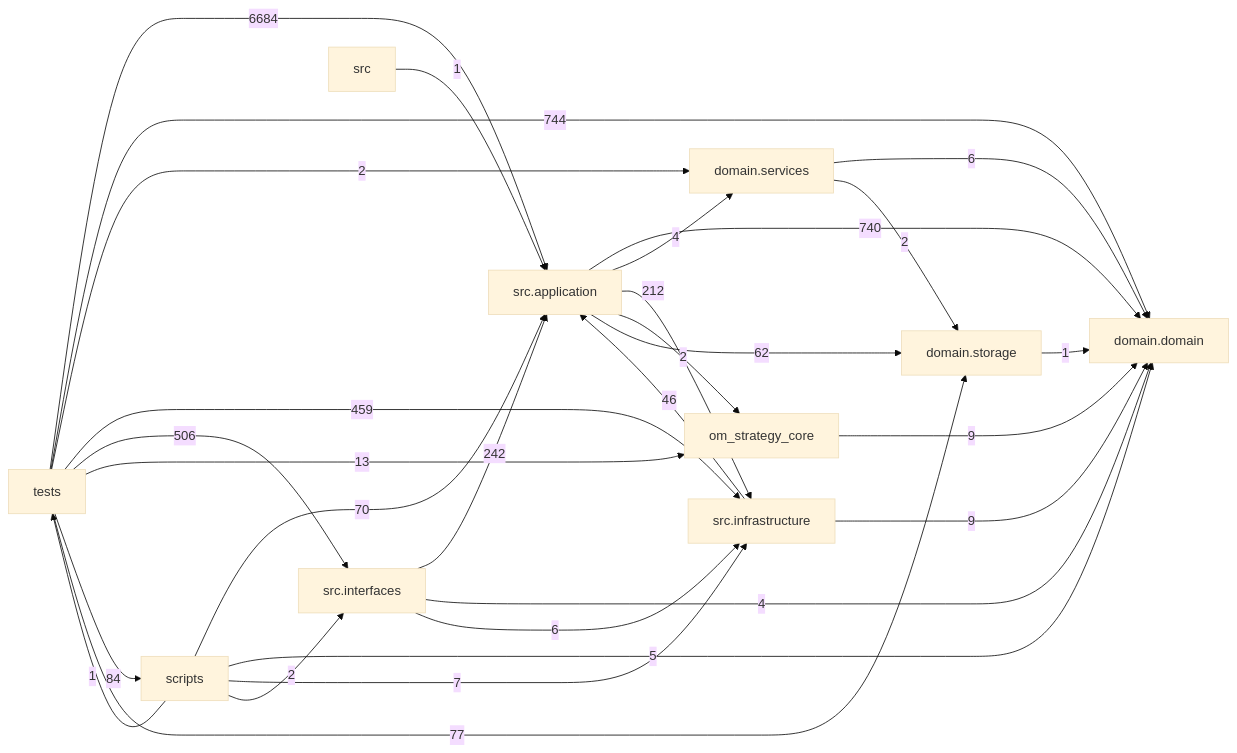
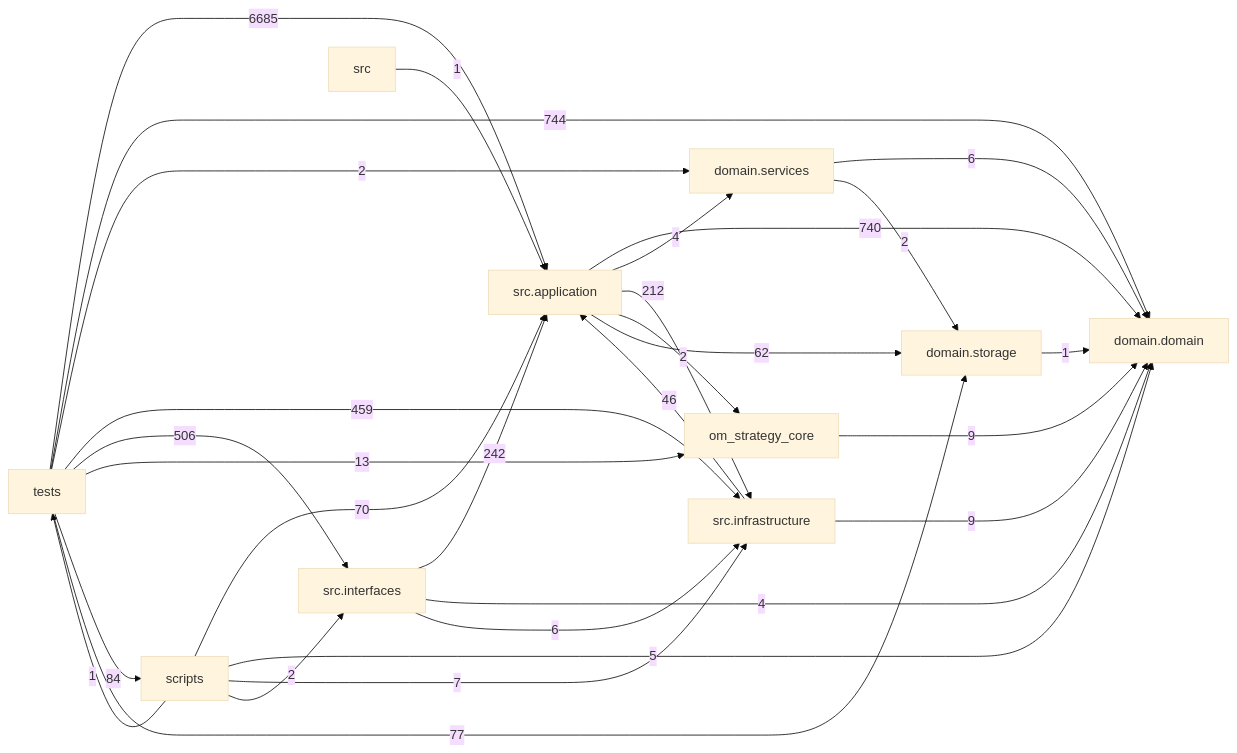
The diagram in docs/DEPENDENCY_GRAPH.md (liuxie066/options-monitor), drawn with Mermaid (base theme) before and after one commit. The commit also changed other lines of this file and 5 other files, not shown here.

````diff
--- a/docs/DEPENDENCY_GRAPH.md
+++ b/docs/DEPENDENCY_GRAPH.md
@@ -24,39 +24,39 @@
 ```mermaid
 flowchart LR
   tests["tests"]
   scripts["scripts"]
   interfaces["src.interfaces"]
   application["src.application"]
   infrastructure["src.infrastructure"]
   domain_services["domain.services"]
   domain["domain.domain"]
   storage["domain.storage"]
   application -->|740| domain
   application -->|4| domain_services
   application -->|212| infrastructure
   application -->|2| om_strategy_core
   application -->|62| storage
   domain_services -->|6| domain
   domain_services -->|2| storage
   infrastructure -->|46| application
   infrastructure -->|9| domain
   interfaces -->|242| application
   interfaces -->|4| domain
   interfaces -->|6| infrastructure
   om_strategy_core -->|9| domain
   scripts -->|70| application
   scripts -->|5| domain
   scripts -->|7| infrastructure
   scripts -->|2| interfaces
   scripts -->|1| tests
   src -->|1| application
   storage -->|1| domain
-  tests -->|6684| application
+  tests -->|6685| application
   tests -->|744| domain
   tests -->|2| domain_services
   tests -->|459| infrastructure
   tests -->|506| interfaces
   tests -->|13| om_strategy_core
   tests -->|84| scripts
   tests -->|77| storage
 ```
````
